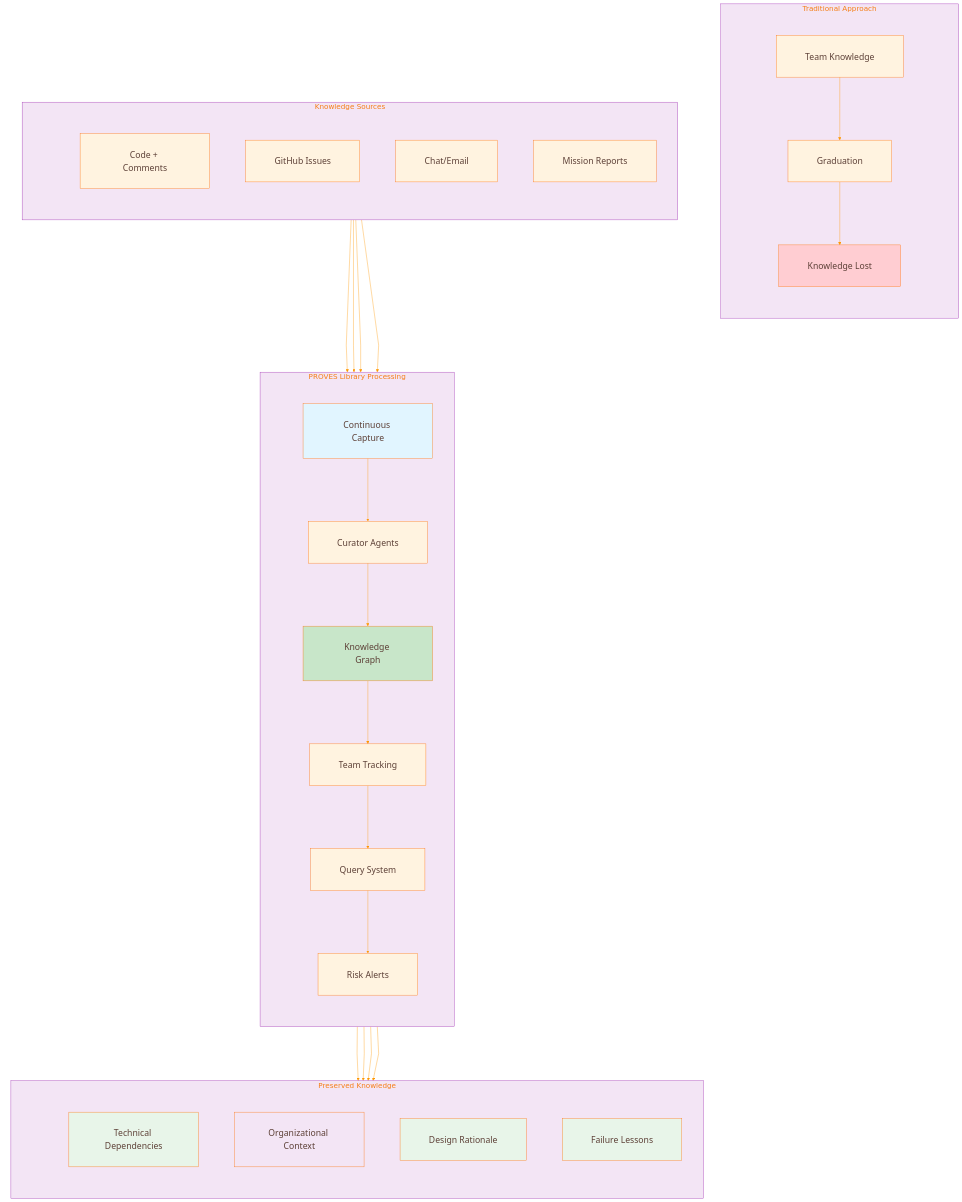
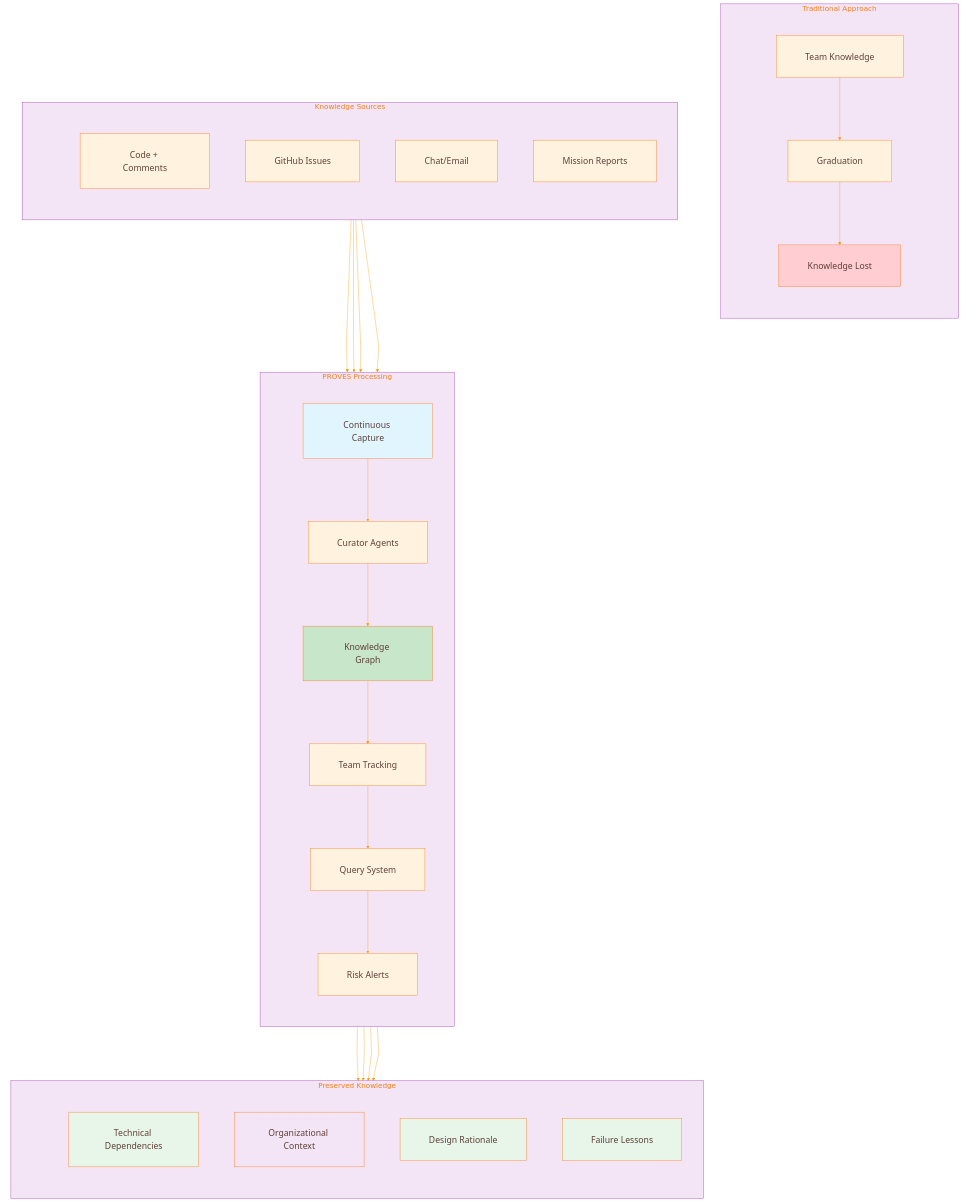
One commit to Lizo-RoadTown/PROVES_LIBRARY changed the ninth of 9 diagrams in docs/diagrams/team-boundaries.md. Above: the diagram before and after it, drawn with Mermaid.

Commit message:
Shorten PROVES Library Processing title to fix heading overlap

```diff
--- a/docs/diagrams/team-boundaries.md
+++ b/docs/diagrams/team-boundaries.md
@@ -2186,7 +2186,7 @@
 flowchart TB
     subgraph "Traditional Approach"
         direction TB
-        spacer12[ ]:::spacer
+        spacer12[" "]:::spacer
         TRAD_TEAM[Team Knowledge]
         TRAD_GRAD[Graduation]
         TRAD_LOSS[Knowledge Lost]
@@ -2198,16 +2198,16 @@
 
     subgraph "Knowledge Sources"
         direction TB
-        spacer13[ ]:::spacer
+        spacer13[" "]:::spacer
         SRC_CODE[Code + Comments]
         SRC_ISSUES[GitHub Issues]
         SRC_CHAT[Chat/Email]
         SRC_EMPIRICAL[Mission Reports]
     end
 
-    subgraph "PROVES Library Processing"
+    subgraph "PROVES Processing"
         direction TB
-        spacer14[ ]:::spacer
+        spacer14[" "]:::spacer
         LIB_CAPTURE[Continuous Capture]
         LIB_AGENTS[Curator Agents]
         LIB_GRAPH[Knowledge Graph]
@@ -2224,7 +2224,7 @@
 
     subgraph "Preserved Knowledge"
         direction TB
-        spacer15[ ]:::spacer
+        spacer15[" "]:::spacer
         PRES_TECH[Technical Dependencies]
         PRES_ORG[Organizational Context]
         PRES_WHY[Design Rationale]
```
